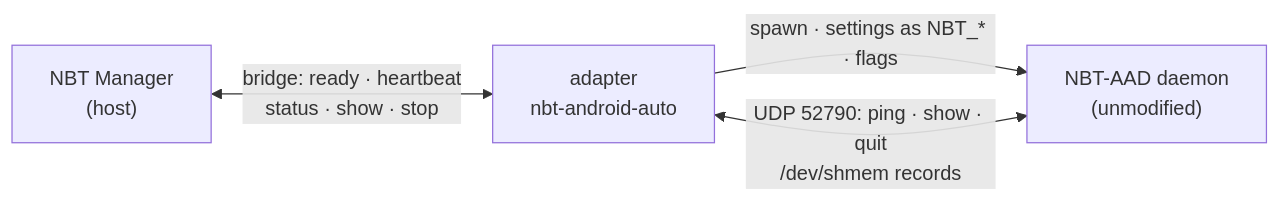
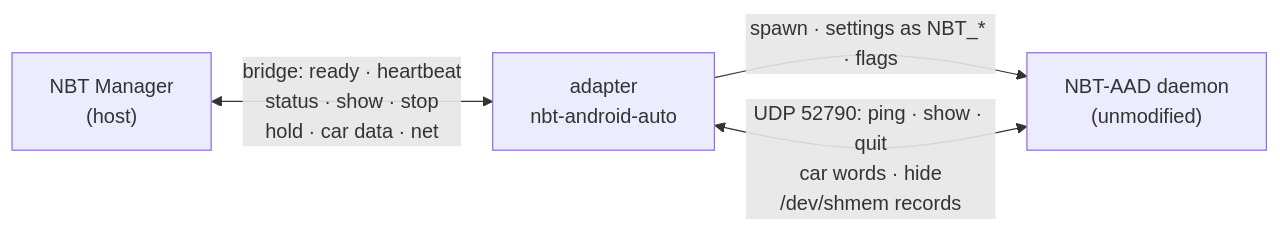
One commit to NBTFoundry/nf-android-auto changed the diagram in README.md. Above: the diagram before and after it, drawn with Mermaid. The commit also changed other lines of this file and 19 other files, not shown here.

````diff
--- a/README.md
+++ b/README.md
@@ -38,6 +39,6 @@
 ```mermaid
 flowchart LR
-  MGR["NBT Manager<br/>(host)"] <-->|"bridge: ready · heartbeat<br/>status · show · stop"| AD["adapter<br/>nbt-android-auto"]
+  MGR["NBT Manager<br/>(host)"] <-->|"bridge: ready · heartbeat<br/>status · show · stop<br/>hold · car data · net"| AD["adapter<br/>nbt-android-auto"]
   AD -->|"spawn · settings as NBT_* · flags"| AAD["NBT-AAD daemon<br/>(unmodified)"]
-  AD <-->|"UDP 52790: ping · show · quit<br/>/dev/shmem records"| AAD
+  AD <-->|"UDP 52790: ping · show · quit<br/>car words · hide<br/>/dev/shmem records"| AAD
 ```
````
